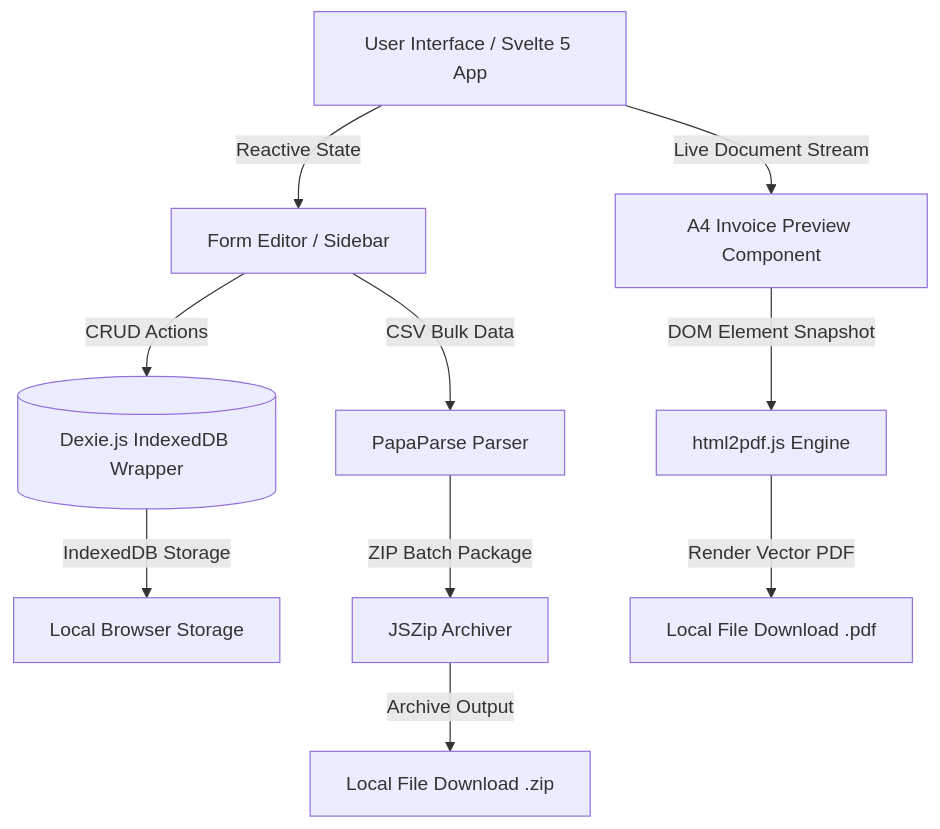
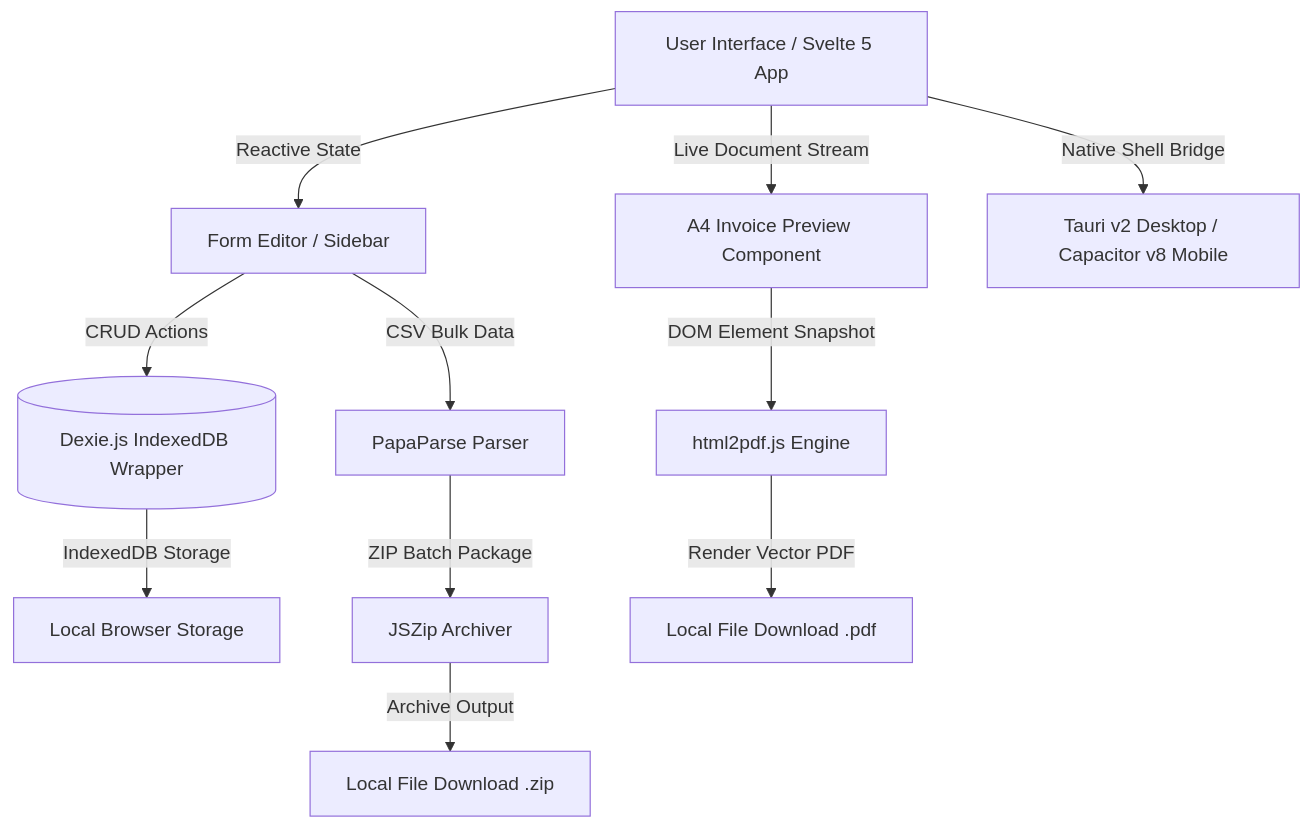
Before and after one commit to workflareindia/workflare-invoicing: the diagram in README.md, drawn with Mermaid. The commit also changed other lines of this file, not shown here.

Commit message:
docs: update README to reflect PWA, Tauri v2 desktop, Capacitor v8 mobile, and GitHub Actions CI/CD architecture

````diff
--- a/README.md
+++ b/README.md
@@ -61,15 +98,17 @@
 ```mermaid
 graph TD
     A[User Interface / Svelte 5 App] -->|Reactive State| B[Form Editor / Sidebar]
     A -->|Live Document Stream| C[A4 Invoice Preview Component]
     
     B -->|CRUD Actions| D[(Dexie.js IndexedDB Wrapper)]
     D -->|IndexedDB Storage| E[Local Browser Storage]
     
     C -->|DOM Element Snapshot| F[html2pdf.js Engine]
     F -->|Render Vector PDF| G[Local File Download .pdf]
     
     B -->|CSV Bulk Data| H[PapaParse Parser]
     H -->|ZIP Batch Package| I[JSZip Archiver]
     I -->|Archive Output| J[Local File Download .zip]
+    
+    A -->|Native Shell Bridge| K[Tauri v2 Desktop / Capacitor v8 Mobile]
 ```
````
